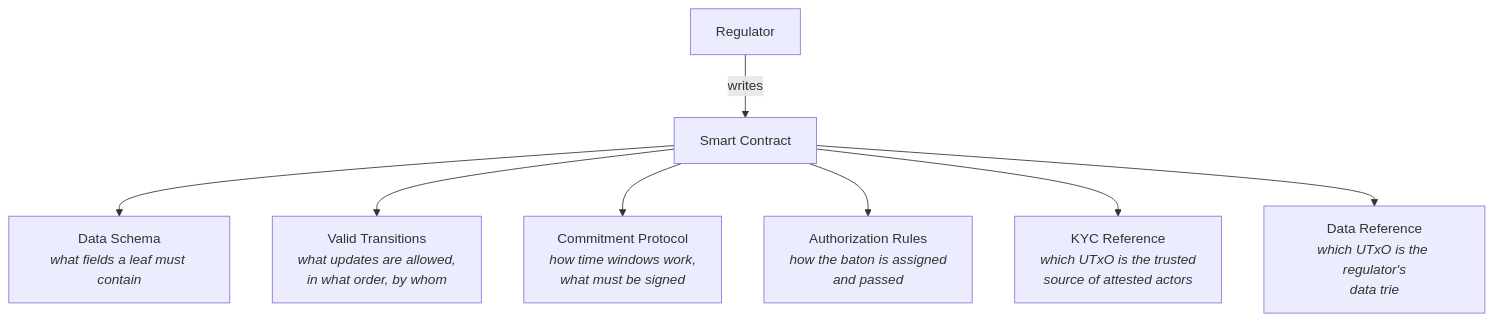
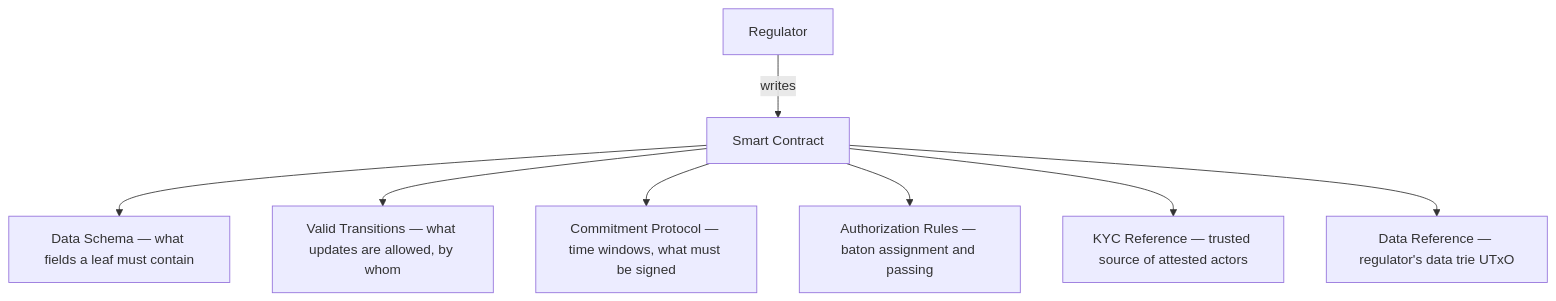
The fourth of 19 diagrams in docs/framework/schema.md (lambdasistemi/cardano-for-regulators), drawn with Mermaid before and after one commit. The commit also changed other lines of this file and 1 other file, not shown here.

First line of the commit message:
fix: replace HTML tags in mermaid node labels with plain text

````diff
--- a/docs/framework/schema.md
+++ b/docs/framework/schema.md
@@ -145,11 +145,11 @@
 ```mermaid
 graph TD
     REG[Regulator] -->|writes| SC[Smart Contract]
 
-    SC --> DS[Data Schema<br/><i>what fields a leaf must contain</i>]
-    SC --> VT[Valid Transitions<br/><i>what updates are allowed,<br/>in what order, by whom</i>]
-    SC --> CP[Commitment Protocol<br/><i>how time windows work,<br/>what must be signed</i>]
-    SC --> AR[Authorization Rules<br/><i>how the baton is assigned<br/>and passed</i>]
-    SC --> KR[KYC Reference<br/><i>which UTxO is the trusted<br/>source of attested actors</i>]
-    SC --> DR[Data Reference<br/><i>which UTxO is the regulator's<br/>data trie</i>]
+    SC --> DS["Data Schema — what fields a leaf must contain"]
+    SC --> VT["Valid Transitions — what updates are allowed, by whom"]
+    SC --> CP["Commitment Protocol — time windows, what must be signed"]
+    SC --> AR["Authorization Rules — baton assignment and passing"]
+    SC --> KR["KYC Reference — trusted source of attested actors"]
+    SC --> DR["Data Reference — regulator's data trie UTxO"]
 ```
````
